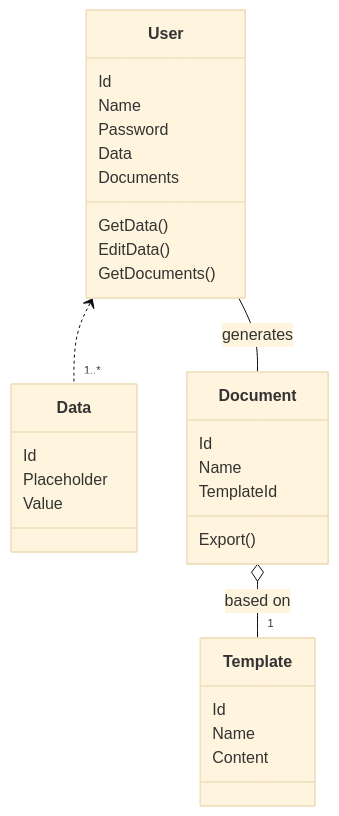
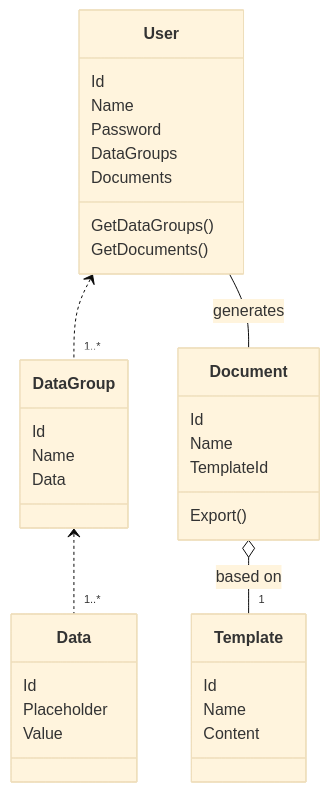
One commit to carpenterx/Electroform-Lite changed the diagram in README.md. Above: the diagram before and after it, drawn with Mermaid (base theme).

Commit message:
Add data group to diagram

````diff
--- a/README.md
+++ b/README.md
@@ -3,34 +3,39 @@
 ```mermaid
 classDiagram
 class User{
   Id
   Name
   Password
-  Data
+  DataGroups
   Documents
 
-  GetData()
-  EditData()
+  GetDataGroups()
   GetDocuments()
 }
 class Data{
   Id
   Placeholder
   Value
+}
+class DataGroup{
+  Id
+  Name
+  Data
 }
 class Document{
   Id
   Name
   TemplateId
   Export()
 }
 class Template{
   Id
   Name
   Content
 }
 
-User <.. "1..*" Data
+User <.. "1..*" DataGroup
+DataGroup <.. "1..*" Data
 User -- Document : generates
 Document o-- "1" Template : based on
 ```
````
